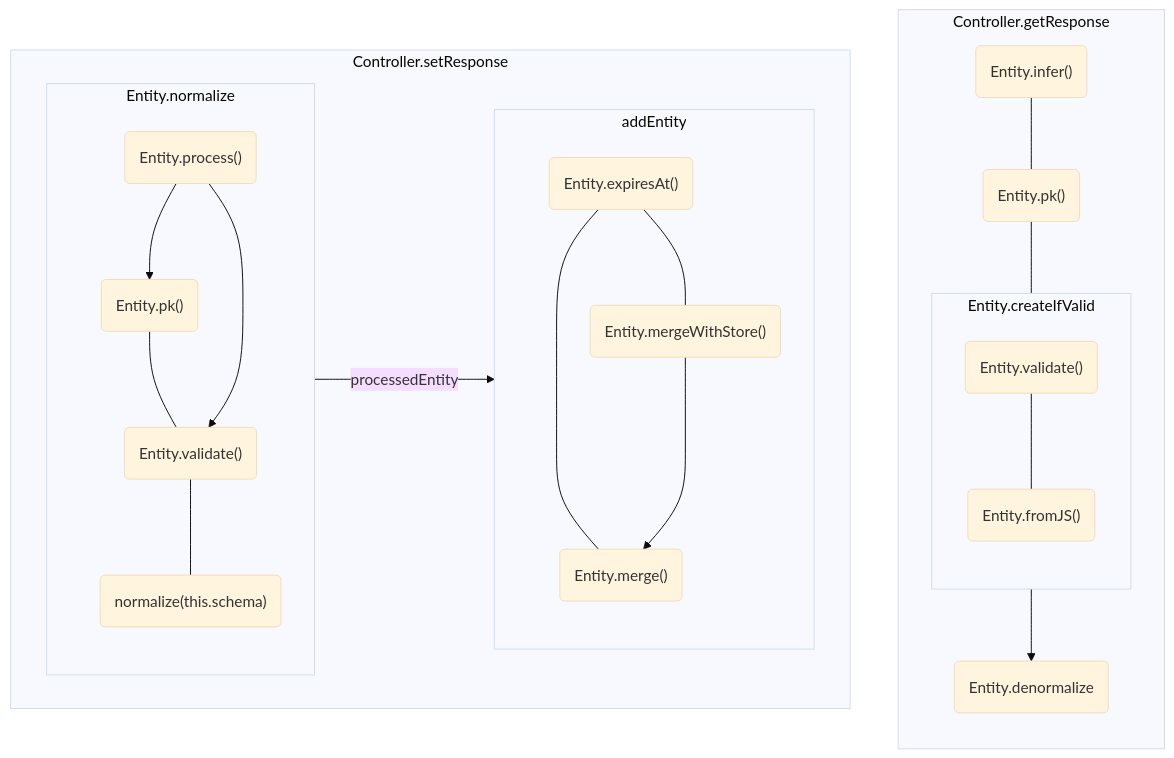
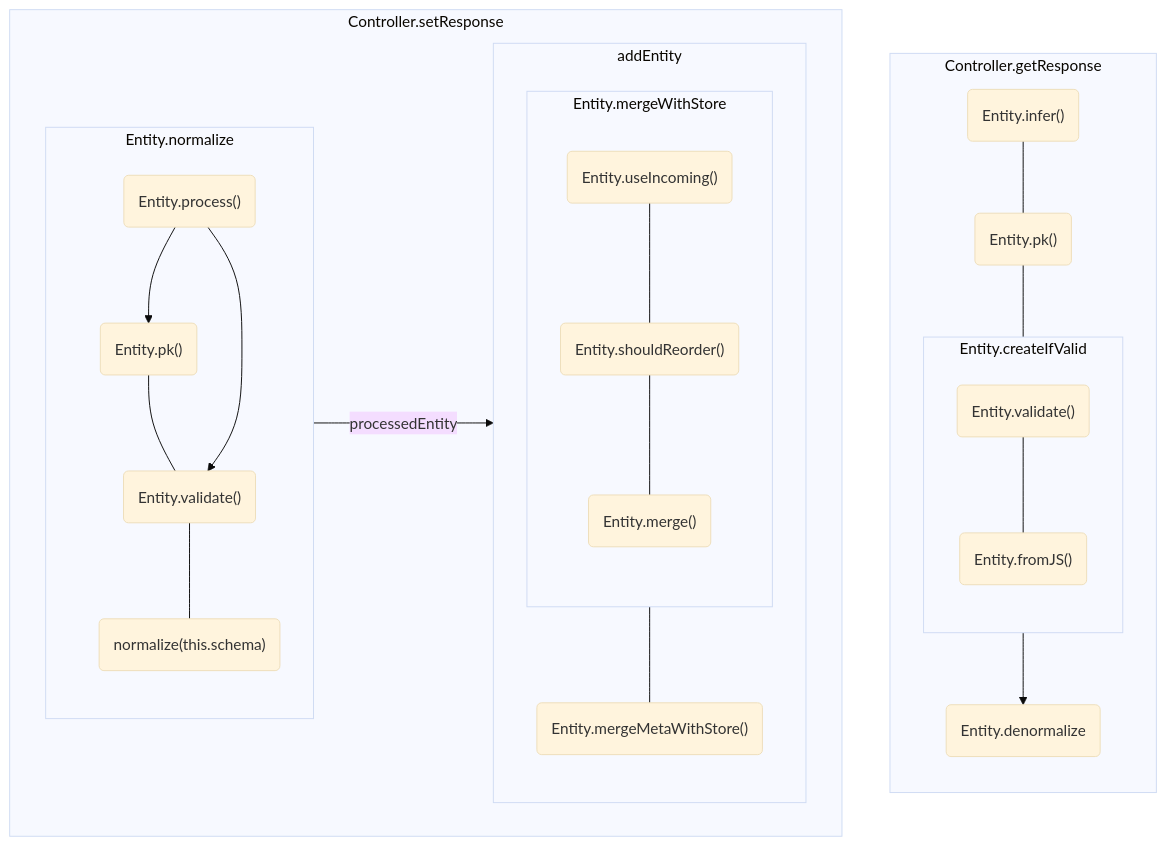
Before and after one commit to reactive/data-client: the diagram in docs/rest/diagrams/_entity_lifecycle.mdx, drawn with Mermaid (base theme). The commit also changed 120 other files, not shown here.

Commit message:
enhance: Drop support for legacy schemas

````diff
--- a/docs/rest/diagrams/_entity_lifecycle.mdx
+++ b/docs/rest/diagrams/_entity_lifecycle.mdx
@@ -1,39 +1,43 @@
 ```mermaid
 flowchart BT
   subgraph Controller.getResponse
     infer("Entity.infer()")---pk2
     pk2("Entity.pk()")---Entity.createIfValid
     subgraph Entity.createIfValid
       direction TB
       validate2("Entity.validate()")---fromJS("Entity.fromJS()")
     end
     Entity.createIfValid-->denormNest("Entity.denormalize")
   end
   subgraph Controller.setResponse
     direction LR
     subgraph Entity.normalize
       direction TB
       process("Entity.process()")-->pk("Entity.pk()")
       pk---validate("Entity.validate()")
       process-->validate
       validate---normNest("normalize(this.schema)")
     end
     Entity.normalize--processedEntity-->addEntity
     subgraph addEntity
-      expiresAt("Entity.expiresAt()")---mergewithstore("Entity.mergeWithStore()")
-      expiresAt---merge("Entity.merge()")
-      mergewithstore--->merge("Entity.merge()")
+      subgraph Entity.mergeWithStore
+        direction TB
+        useincoming("Entity.useIncoming()")---shouldreorder("Entity.shouldReorder()")
+        shouldreorder---merge("Entity.merge()")
+      end
+      Entity.mergeWithStore---mergeMetaWithStore("Entity.mergeMetaWithStore()")
     end
   end
   click process "/rest/api/Entity#process"
   click pk "/rest/api/Entity#pk"
   click pk2 "/rest/api/Entity#pk"
   click fromJS "/rest/api/Entity#fromJS"
   click validate "/rest/api/Entity#validate"
   click validate2 "/rest/api/Entity#validate"
-  click expiresAt "/rest/api/Entity#expiresat"
+  click mergeMetaWithStore "/rest/api/Entity#mergeMetaWithStore"
   click useincoming "/rest/api/Entity#useincoming"
+  click shouldreorder "/rest/api/Entity#shouldreorder"
   click mergewithstore "/rest/api/Entity#mergeWithStore"
   click merge "/rest/api/Entity#merge"
   click infer "/rest/api/Entity#infer"
 ```
````
